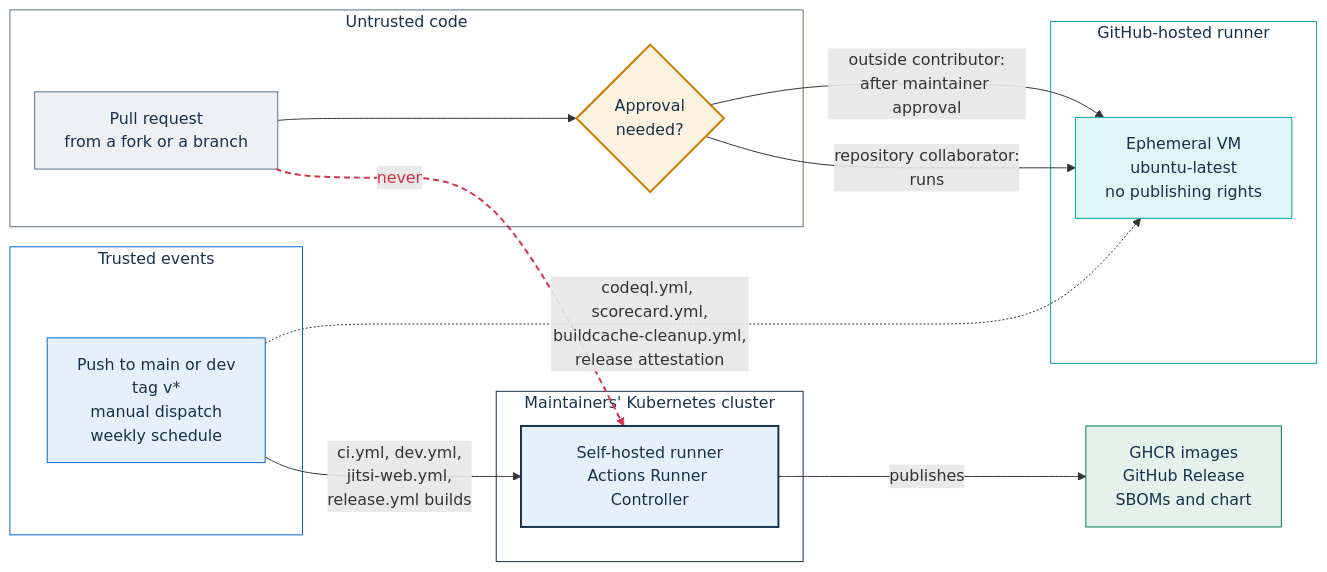
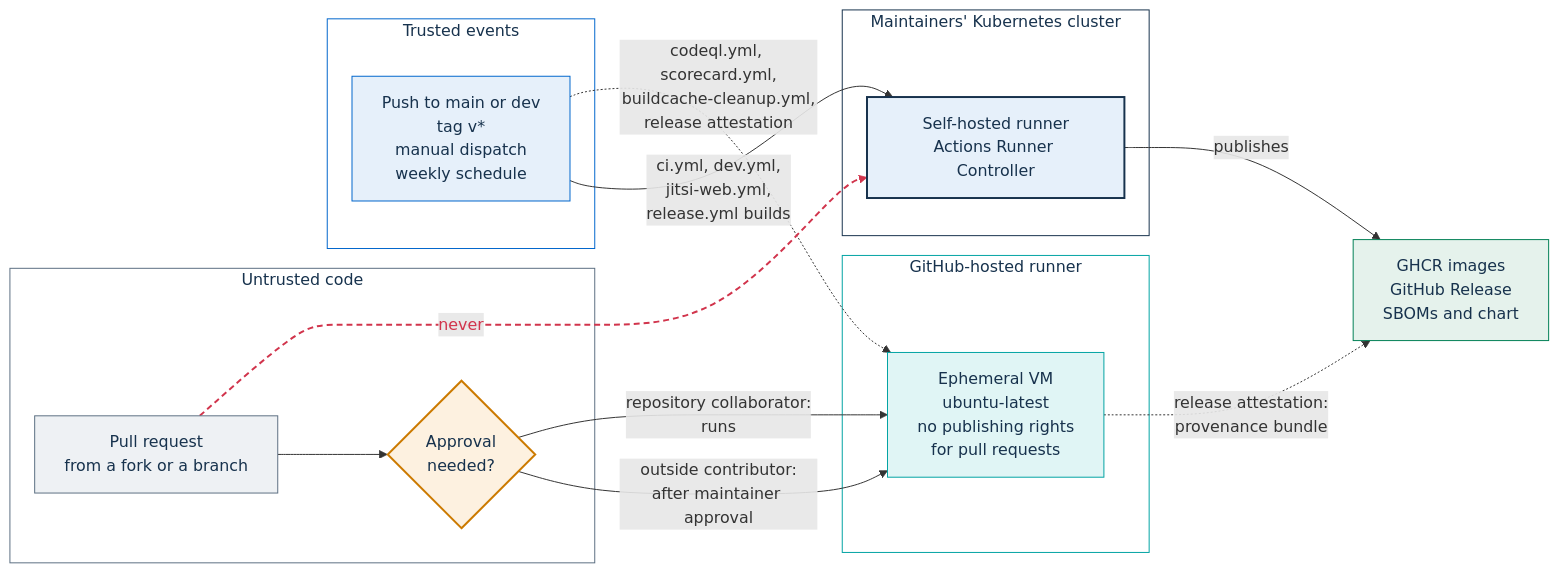
Before and after one commit to italia/pa-webinar: the second of 2 diagrams in SECURITY.md, drawn with Mermaid. The commit also changed 2 other files, not shown here.

Commit message:
docs(ci): show the GitHub-hosted jobs that publish
Follow-up to the runner documentation. The security model diagram
labelled the GitHub-hosted runner "no publishing rights", but the
release attestation job runs there and attaches the provenance bundle
to the GitHub Release, and the README still said the Scorecard results
were not published.

- SECURITY.md: the GitHub-hosted node has no publishing rights for pull
  requests; a new edge shows the attestation job publishing the
  provenance bundle. The red "never" edge keeps its index.
- README: Scorecard publishes its results to scorecard.dev, and release
  files carry a signed provenance attestation.
- jitsi-web.yml: the runner comment is in Italian, like the other code
  comments.

Verified: the workflow YAML parses; lint, tsc, app tests (6166),
test:scripts and license:check pass.

````diff
--- a/SECURITY.md
+++ b/SECURITY.md
@@ -155,37 +155,38 @@
 ```mermaid
 flowchart LR
   subgraph untrusted["Untrusted code"]
     pr["Pull request<br/>from a fork or a branch"]:::ext
     gate{"Approval<br/>needed?"}:::risk
   end
   subgraph hosted["GitHub-hosted runner"]
-    gh["Ephemeral VM<br/>ubuntu-latest<br/>no publishing rights"]:::data
+    gh["Ephemeral VM<br/>ubuntu-latest<br/>no publishing rights<br/>for pull requests"]:::data
   end
   subgraph trusted["Trusted events"]
     ev["Push to main or dev<br/>tag v*<br/>manual dispatch<br/>weekly schedule"]:::portal
   end
   subgraph cluster["Maintainers' Kubernetes cluster"]
     sh["Self-hosted runner<br/>Actions Runner Controller"]:::dark
   end
   out["GHCR images<br/>GitHub Release<br/>SBOMs and chart"]:::out
 
   pr --> gate
   gate -- "outside contributor:<br/>after maintainer approval" --> gh
   gate -- "repository collaborator:<br/>runs" --> gh
   ev -- "ci.yml, dev.yml,<br/>jitsi-web.yml,<br/>release.yml builds" --> sh
   ev -. "codeql.yml, scorecard.yml,<br/>buildcache-cleanup.yml,<br/>release attestation" .-> gh
   sh -- "publishes" --> out
   pr -. "never" .-> sh
+  gh -. "release attestation:<br/>provenance bundle" .-> out
 
   classDef ext fill:#EEF1F4,stroke:#5C6F82,color:#17324D
   classDef risk fill:#FDF1E0,stroke:#CC7A00,color:#17324D,stroke-width:2px
   classDef data fill:#E0F5F5,stroke:#00A3A3,color:#17324D
   classDef portal fill:#E6F0FA,stroke:#0066CC,color:#17324D
   classDef dark fill:#E6F0FA,stroke:#17324D,color:#17324D,stroke-width:2px
   classDef out fill:#E5F2EC,stroke:#008055,color:#17324D
   linkStyle 6 stroke:#D1344C,stroke-width:2px,stroke-dasharray:6 4,color:#D1344C
   style untrusted fill:#FFFFFF,stroke:#5C6F82,color:#17324D
   style hosted fill:#FFFFFF,stroke:#00A3A3,color:#17324D
   style trusted fill:#FFFFFF,stroke:#0066CC,color:#17324D
   style cluster fill:#FFFFFF,stroke:#17324D,color:#17324D
 ```
````
